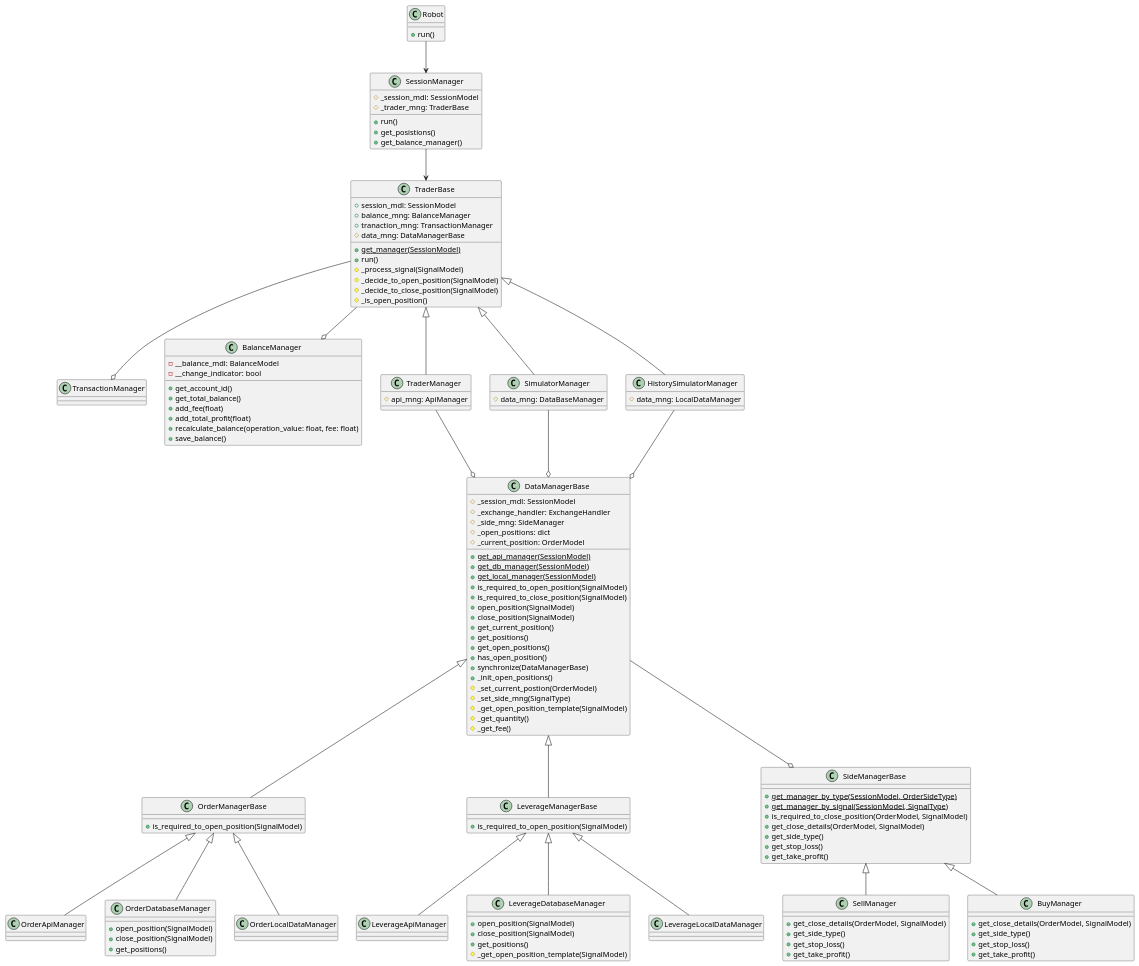
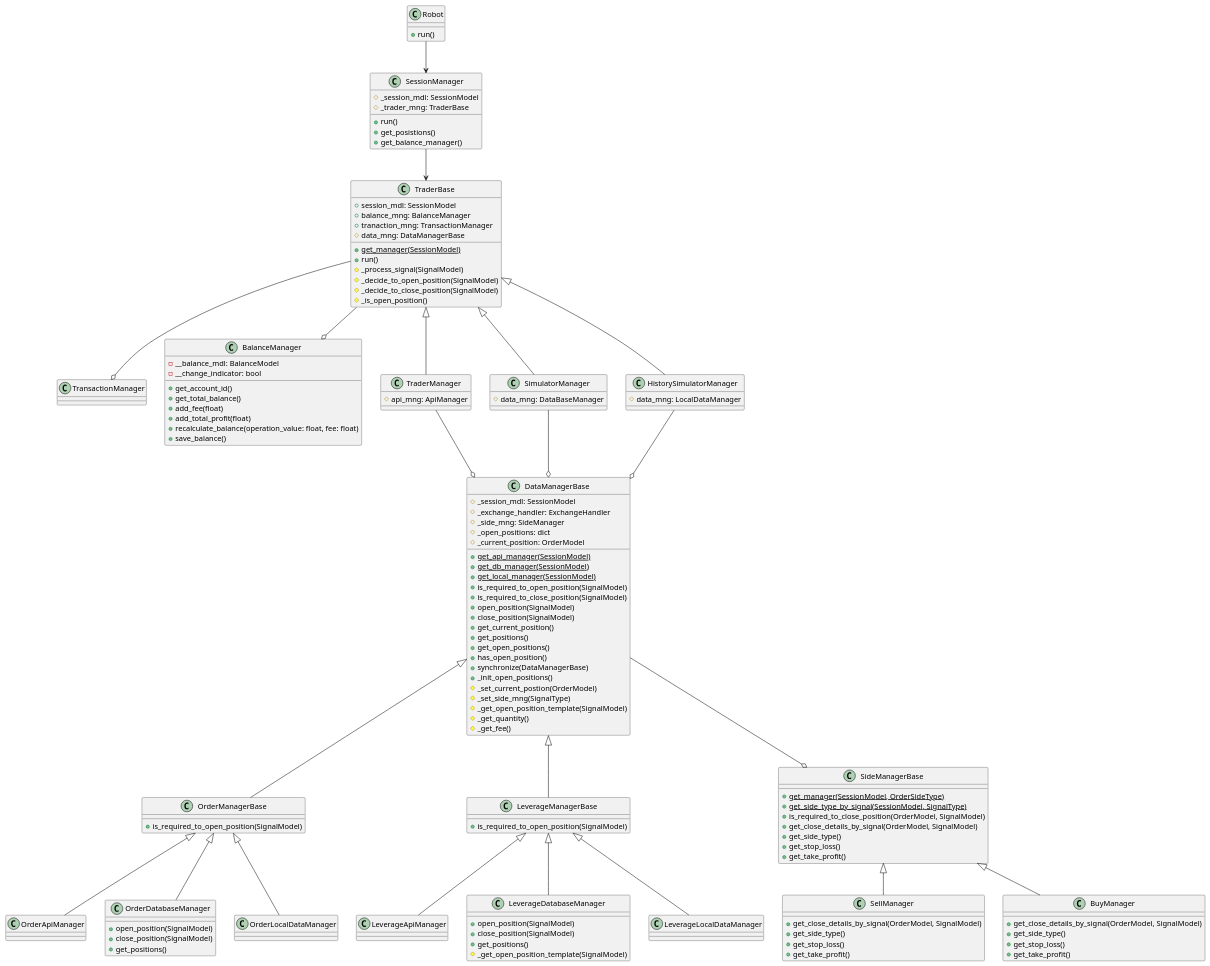
The diagram in design/uml_class_v2.plantuml (aliaksei-dunets-public/trading-tool-api), drawn with PlantUML before and after one commit. The commit also changed 10 other files, not shown here.

```diff
--- a/design/uml_class_v2.plantuml
+++ b/design/uml_class_v2.plantuml
@@ -1,156 +1,156 @@
 @startuml Class
 
 ' 1. During creation of the session check/schedule a job based on interval
 ' 2. The application job read active ssesions and procced the next steps for every session:
 ' 2.1. Read orders from the database
 ' 2.2. Read orders from exchange API
 ' 2.3. Get signals based on session config
 ' 2.4. Make a desicion regarding existing position/create a new position
 ' 2.4.1. Call API for open/close a position
 ' 2.4.2. Call DB
 ' 2.4.2.1. Add transaction
 ' 2.4.2.2. Update/Create the position
 ' 2.4.2.3. Update Balance
 
 ' The main class for trading - the first endpoint
 class Robot {
     +run()
 }
 
 class SessionManager {
     #_session_mdl: SessionModel
     #_trader_mng: TraderBase
 
     +run()
     +get_posistions()
     +get_balance_manager()
 }
 
 class TransactionManager
 
 class BalanceManager {
     -__balance_mdl: BalanceModel
     -__change_indicator: bool
 
     +get_account_id()
     +get_total_balance()
     +add_fee(float)
     +add_total_profit(float)
     +recalculate_balance(operation_value: float, fee: float)
     +save_balance()
 }
 
 class TraderBase {
     +session_mdl: SessionModel
     +balance_mng: BalanceManager
     +tranaction_mng: TransactionManager
     #data_mng: DataManagerBase
 
     +{static} get_manager(SessionModel)
     +run()
     #_process_signal(SignalModel)
     #_decide_to_open_position(SignalModel)
     #_decide_to_close_position(SignalModel)
     #_is_open_position()
 }
 
 TraderBase --o BalanceManager
 TraderBase --o TransactionManager
 
 
 class TraderManager extends TraderBase {
     #api_mng: ApiManager
 }
 
 class SimulatorManager extends TraderBase {
     #data_mng: DataBaseManager
 }
 
 class HistorySimulatorManager extends TraderBase {
     #data_mng: LocalDataManager
 }
 
 class DataManagerBase {
     #_session_mdl: SessionModel
     #_exchange_handler: ExchangeHandler
     #_side_mng: SideManager
     #_open_positions: dict
     #_current_position: OrderModel
     +{static} get_api_manager(SessionModel)
     +{static} get_db_manager(SessionModel)
     +{static} get_local_manager(SessionModel)
     +is_required_to_open_position(SignalModel)
     +is_required_to_close_position(SignalModel)
     +open_position(SignalModel)
     +close_position(SignalModel)
     +get_current_position()
     +get_positions()
     +get_open_positions()
     +has_open_position()
     +synchronize(DataManagerBase)
     +_init_open_positions()
     #_set_current_postion(OrderModel)
     #_set_side_mng(SignalType)
     #_get_open_position_template(SignalModel)
     #_get_quantity()
     #_get_fee()
 }
 
 class OrderManagerBase extends DataManagerBase {
     +is_required_to_open_position(SignalModel)
 }
 class LeverageManagerBase extends DataManagerBase {
     +is_required_to_open_position(SignalModel)
 }
 
 class OrderApiManager extends OrderManagerBase
 class LeverageApiManager extends LeverageManagerBase
 
 class OrderDatabaseManager extends OrderManagerBase {
     +open_position(SignalModel)
     +close_position(SignalModel)
     +get_positions()
 }
 
 class LeverageDatabaseManager extends LeverageManagerBase {
     +open_position(SignalModel)
     +close_position(SignalModel)
     +get_positions()
     #_get_open_position_template(SignalModel)
 }
 
 class OrderLocalDataManager extends OrderManagerBase
 class LeverageLocalDataManager extends LeverageManagerBase
 
 class SideManagerBase {
-    +{static} get_manager_by_type(SessionModel, OrderSideType)
-    +{static} get_manager_by_signal(SessionModel, SignalType)
+    +{static} get_manager(SessionModel, OrderSideType)
+    +{static} get_side_type_by_signal(SessionModel, SignalType)
     +is_required_to_close_position(OrderModel, SignalModel)
-    +get_close_details(OrderModel, SignalModel)
+    +get_close_details_by_signal(OrderModel, SignalModel)
     +get_side_type()
     +get_stop_loss()
     +get_take_profit()
 }
 
 class SellManager extends SideManagerBase {
-    +get_close_details(OrderModel, SignalModel)
+    +get_close_details_by_signal(OrderModel, SignalModel)
     +get_side_type()
     +get_stop_loss()
     +get_take_profit()
 }
 
 class BuyManager extends SideManagerBase {
-    +get_close_details(OrderModel, SignalModel)
+    +get_close_details_by_signal(OrderModel, SignalModel)
     +get_side_type()
     +get_stop_loss()
     +get_take_profit()
 }
 
 Robot --> SessionManager
 SessionManager --> TraderBase
 TraderManager --o DataManagerBase
 SimulatorManager --o DataManagerBase
 HistorySimulatorManager --o DataManagerBase
 DataManagerBase --o SideManagerBase
 
 @enduml
```
